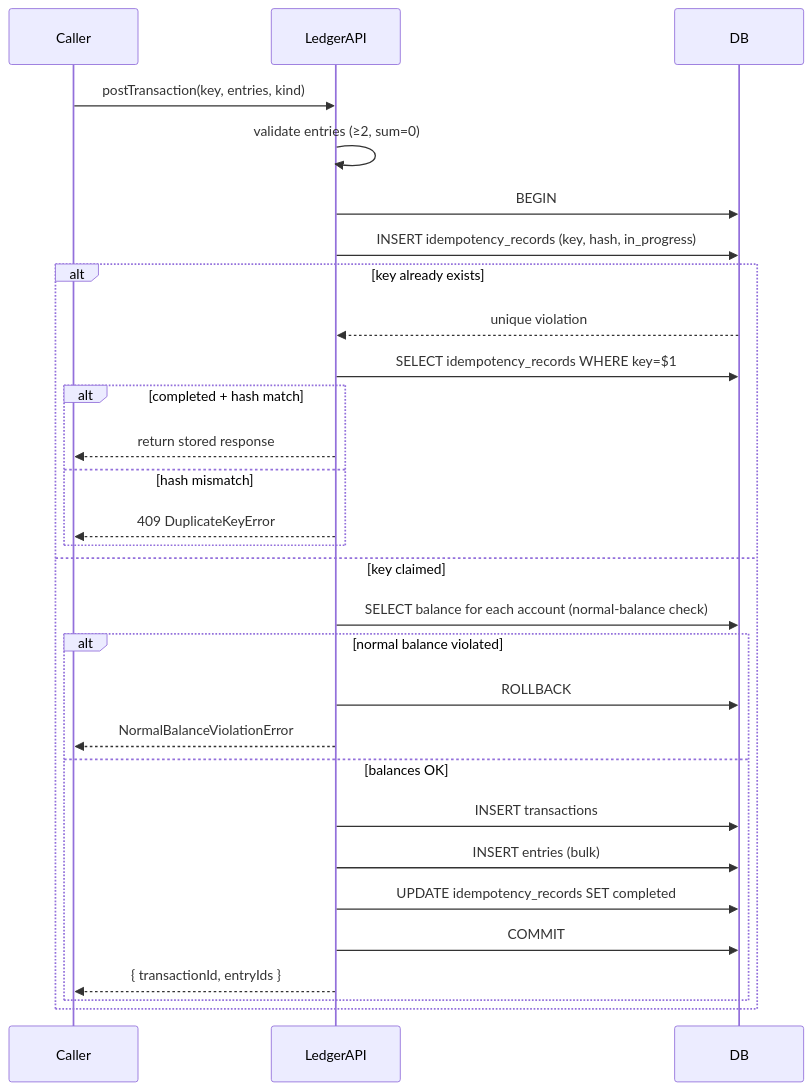
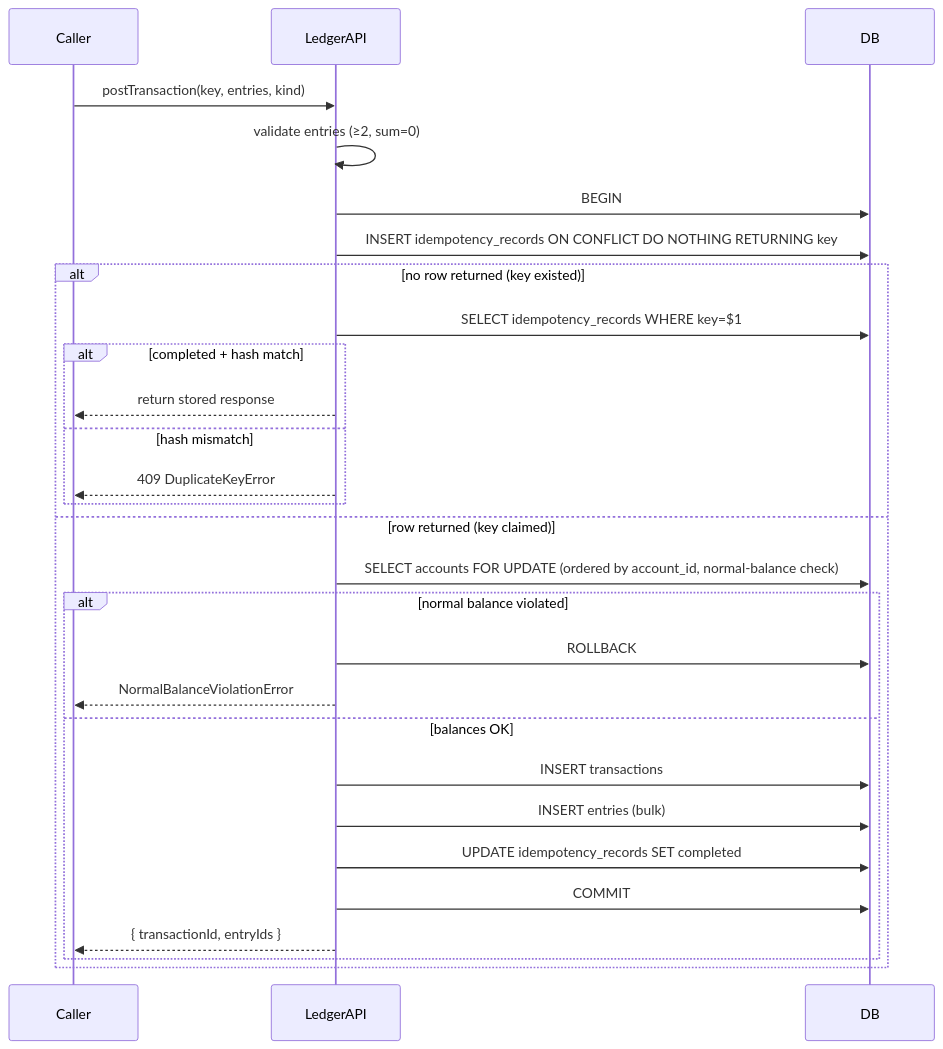
Before and after one commit to mokshupadhyay/ossuary: the second of 2 diagrams in .kiro/specs/ledger-core/design.md, drawn with Mermaid. The commit also changed other lines of this file, not shown here.

Commit message:
spec(ledger-core): revise design in Kiro (ON CONFLICT claim, row locks, append-only trigger, refund idempotency order)

````diff
--- a/.kiro/specs/ledger-core/design.md
+++ b/.kiro/specs/ledger-core/design.md
@@ -476,32 +504,31 @@
 ```mermaid
 sequenceDiagram
     participant Caller
     participant LedgerAPI
     participant DB
 
     Caller->>LedgerAPI: postTransaction(key, entries, kind)
     LedgerAPI->>LedgerAPI: validate entries (≥2, sum=0)
     LedgerAPI->>DB: BEGIN
-    LedgerAPI->>DB: INSERT idempotency_records (key, hash, in_progress)
-    alt key already exists
-        DB-->>LedgerAPI: unique violation
+    LedgerAPI->>DB: INSERT idempotency_records ON CONFLICT DO NOTHING RETURNING key
+    alt no row returned (key existed)
         LedgerAPI->>DB: SELECT idempotency_records WHERE key=$1
         alt completed + hash match
             LedgerAPI-->>Caller: return stored response
         else hash mismatch
             LedgerAPI-->>Caller: 409 DuplicateKeyError
         end
-    else key claimed
-        LedgerAPI->>DB: SELECT balance for each account (normal-balance check)
+    else row returned (key claimed)
+        LedgerAPI->>DB: SELECT accounts FOR UPDATE (ordered by account_id, normal-balance check)
         alt normal balance violated
             LedgerAPI->>DB: ROLLBACK
             LedgerAPI-->>Caller: NormalBalanceViolationError
         else balances OK
             LedgerAPI->>DB: INSERT transactions
             LedgerAPI->>DB: INSERT entries (bulk)
             LedgerAPI->>DB: UPDATE idempotency_records SET completed
             LedgerAPI->>DB: COMMIT
             LedgerAPI-->>Caller: { transactionId, entryIds }
         end
     end
 ```
````
